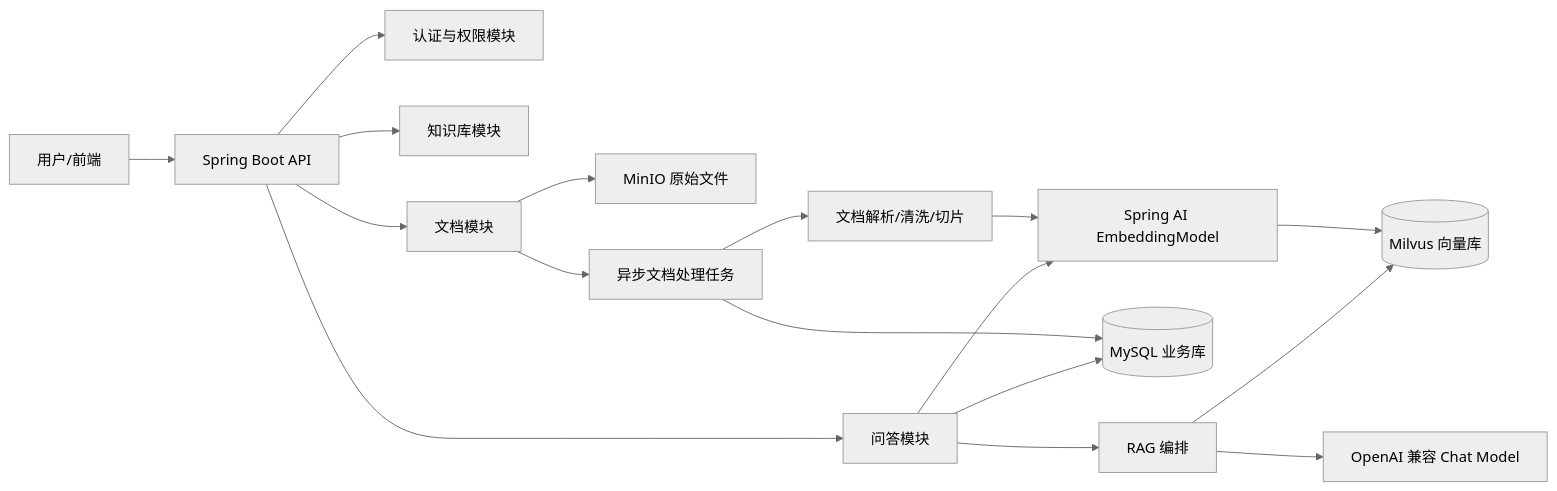
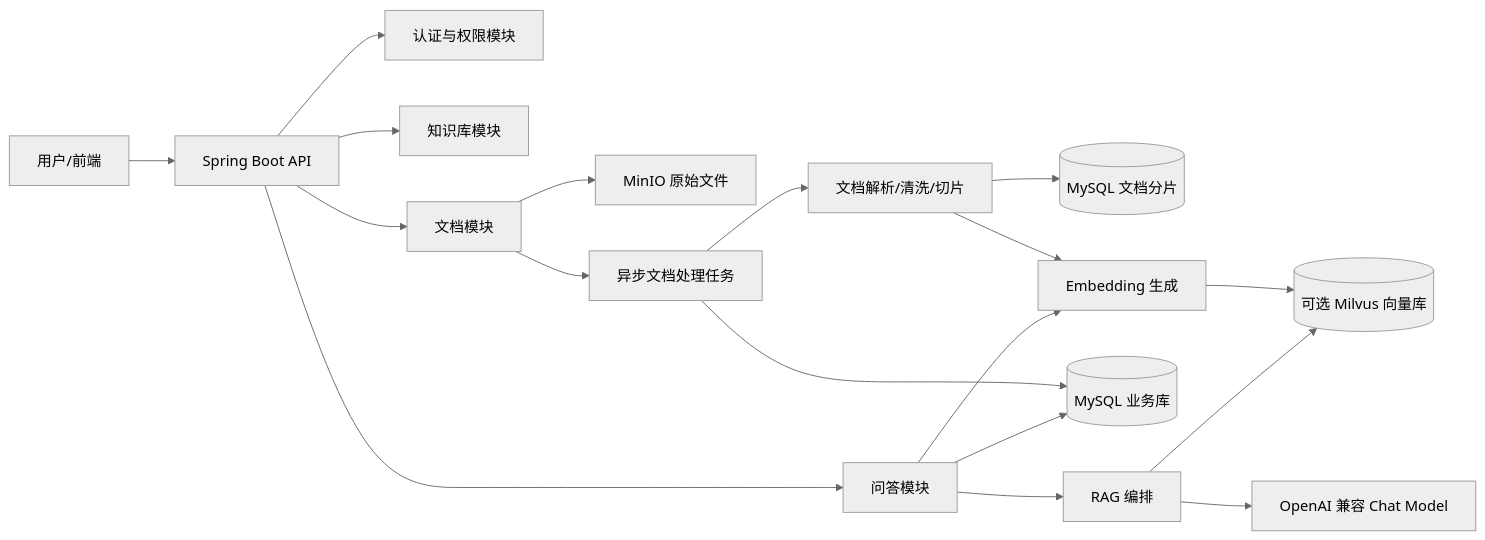
One commit to Mark001008/knowledge-base changed the first of 3 diagrams in docs/AI知识库平台系统设计.md. Above: the diagram before and after it, drawn with Mermaid (neutral theme). The commit also changed other lines of this file and 1 other file, not shown here.

Commit message:
Update docs for optional Milvus deployment

````diff
--- a/docs/AI知识库平台系统设计.md
+++ b/docs/AI知识库平台系统设计.md
@@ -38,21 +38,22 @@
 ```mermaid
 flowchart LR
     U[用户/前端] --> API[Spring Boot API]
     API --> AUTH[认证与权限模块]
     API --> SPACE[知识库模块]
     API --> DOC[文档模块]
     API --> CHAT[问答模块]
 
     DOC --> MINIO[MinIO 原始文件]
     DOC --> TASK[异步文档处理任务]
     TASK --> PARSER[文档解析/清洗/切片]
-    PARSER --> EMB[Spring AI EmbeddingModel]
-    EMB --> VDB[(Milvus 向量库)]
+    PARSER --> CHUNK[(MySQL 文档分片)]
+    PARSER --> EMB[Embedding 生成]
+    EMB --> VDB[(可选 Milvus 向量库)]
     TASK --> DB[(MySQL 业务库)]
 
     CHAT --> EMB
     CHAT --> RAG[RAG 编排]
     RAG --> VDB
     RAG --> LLM[OpenAI 兼容 Chat Model]
     CHAT --> DB
 ```
````
